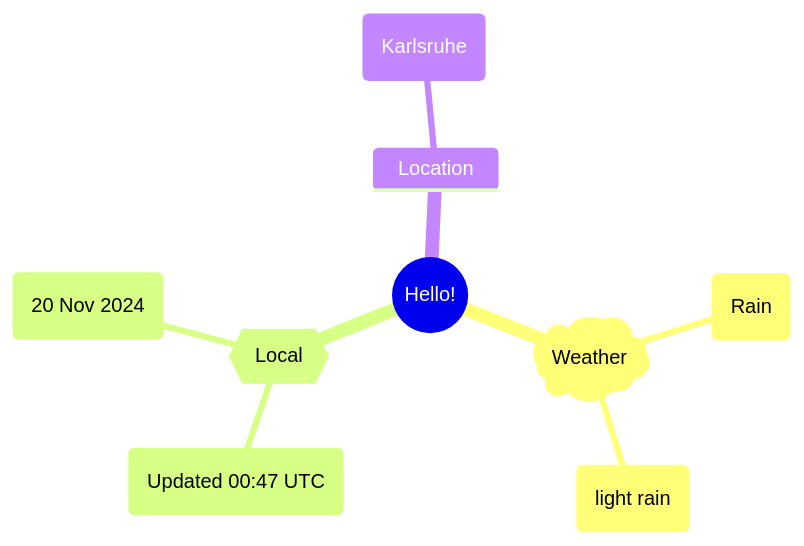
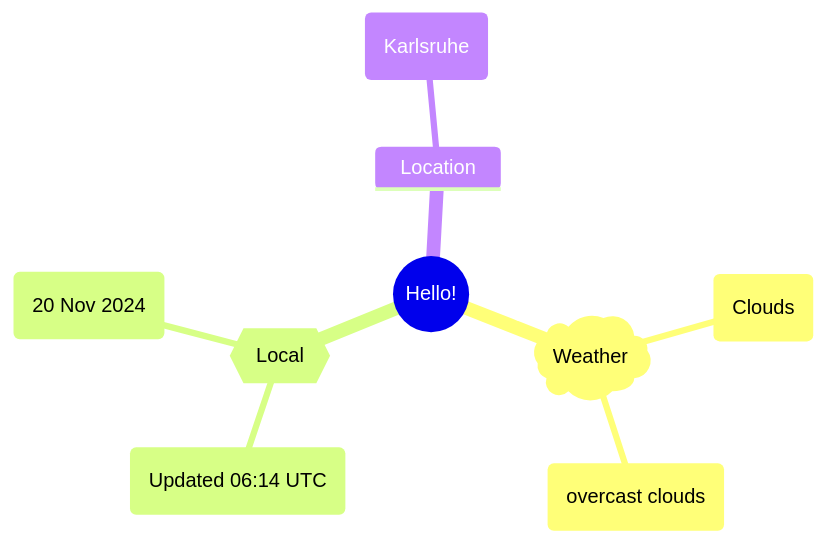
The first of 2 diagrams in README.md (Xosrov/Xosrov), drawn with Mermaid before and after one commit.

Commit message:
[bot] updated images

````diff
--- a/README.md
+++ b/README.md
@@ -3,12 +3,12 @@
 ```mermaid
 mindmap
   root((Hello!))
     )Weather(
-        (Rain)
-        (light rain)
+        (Clouds)
+        (overcast clouds)
     {{Local}}
-        (Updated 00:47 UTC)
+        (Updated 06:14 UTC)
         (20 Nov 2024)
     Location
         (Karlsruhe)
 ```
````
